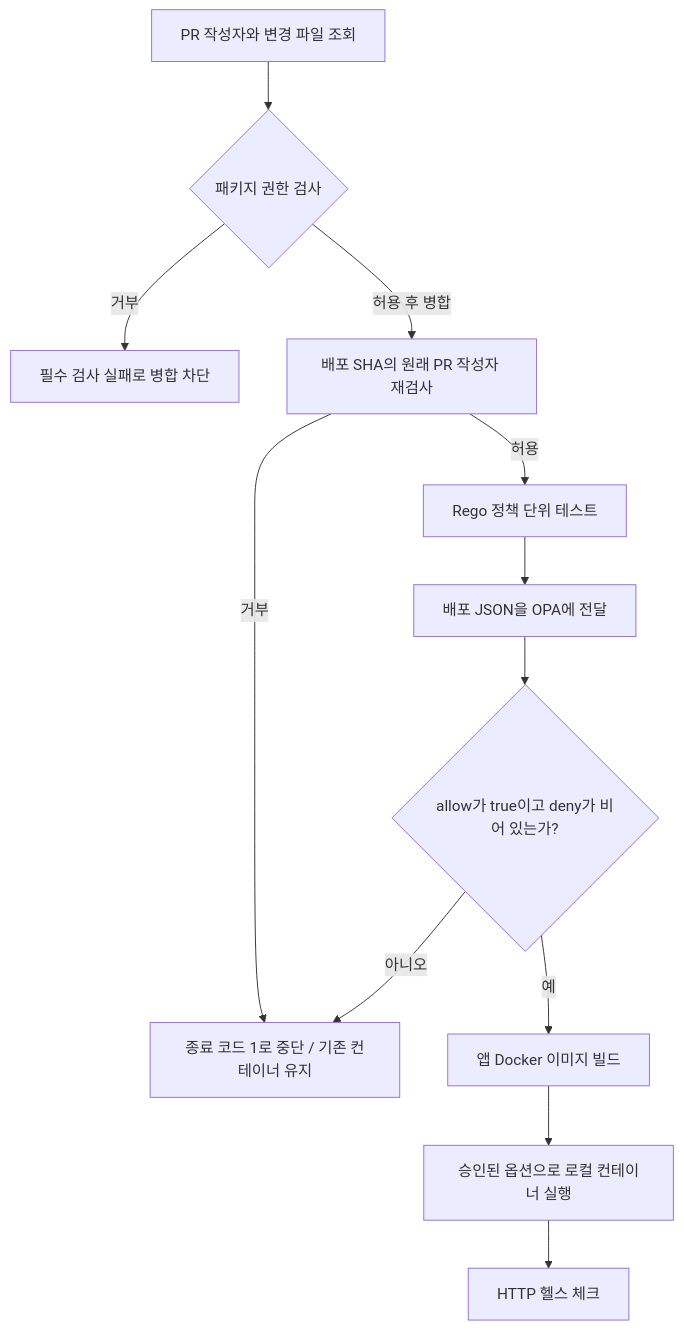
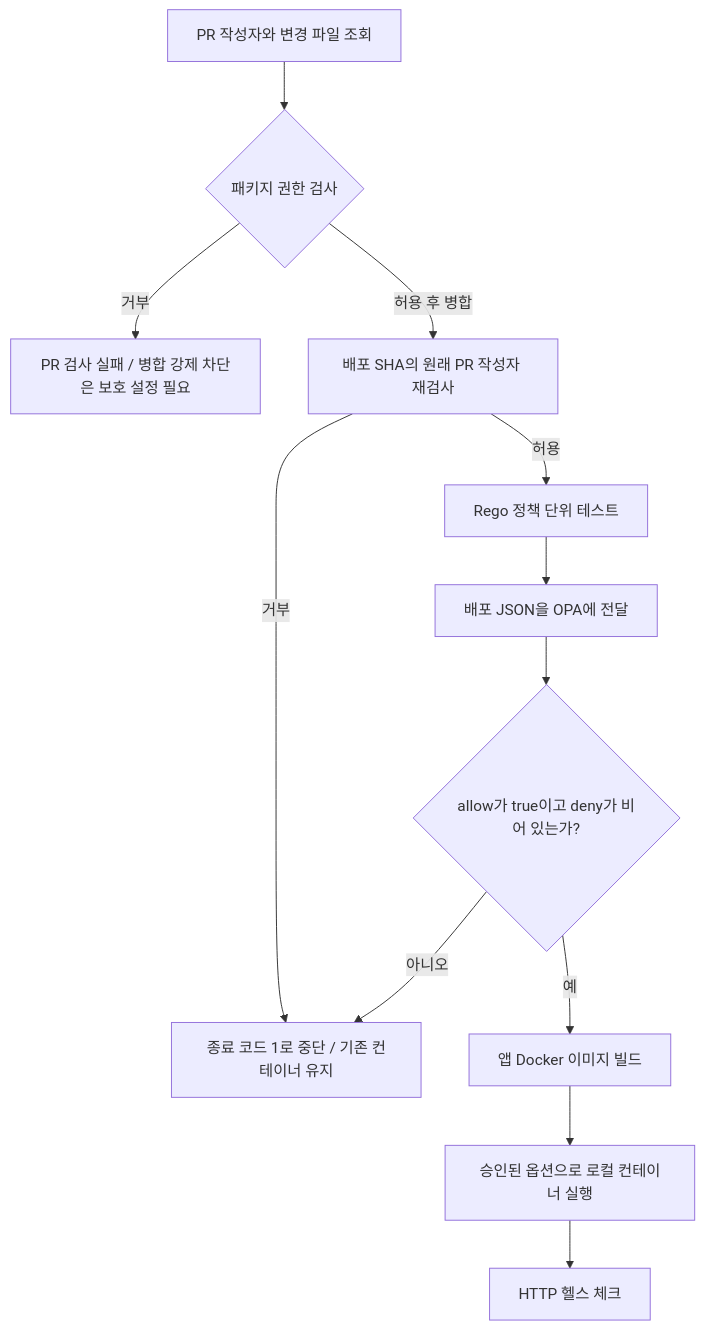
Before and after one commit to leeggmin/opa: the diagram in README.md, drawn with Mermaid. The commit also changed other lines of this file and 1 other file, not shown here.

````diff
--- a/README.md
+++ b/README.md
@@ -17,14 +18,14 @@
 ```mermaid
 flowchart TD
      P[PR 작성자와 변경 파일 조회] --> Q{패키지 권한 검사}
-     Q -->|거부| R[필수 검사 실패로 병합 차단]
+     Q -->|거부| R[PR 검사 실패 / 병합 강제 차단은 보호 설정 필요]
      Q -->|허용 후 병합| A[배포 SHA의 원래 PR 작성자 재검사]
      A -->|거부| E[종료 코드 1로 중단 / 기존 컨테이너 유지]
      A -->|허용| B[Rego 정책 단위 테스트]
      B --> C[배포 JSON을 OPA에 전달]
      C --> D{allow가 true이고 deny가 비어 있는가?}
      D -->|아니오| E[종료 코드 1로 중단 / 기존 컨테이너 유지]
      D -->|예| F[앱 Docker 이미지 빌드]
      F --> G[승인된 옵션으로 로컬 컨테이너 실행]
      G --> H[HTTP 헬스 체크]
 ```
````
